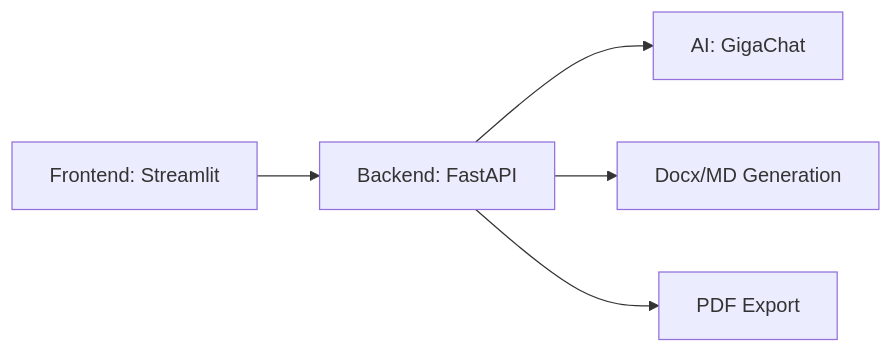
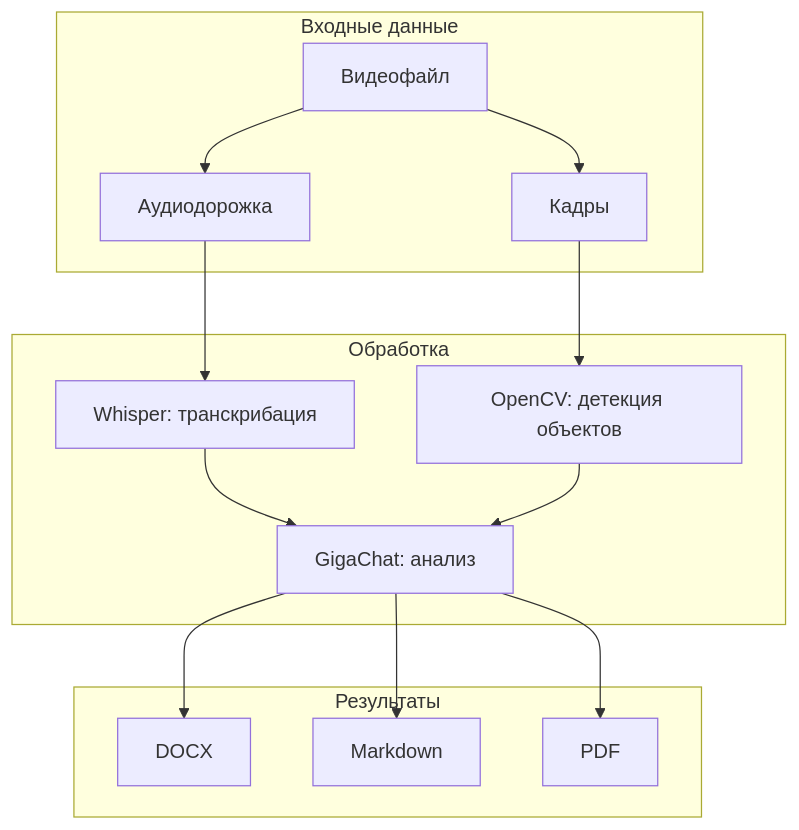
One commit to sokolovea/python-ai-hackathon-mipt-2025 changed the diagram in README.md. Above: the diagram before and after it, drawn with Mermaid. The commit also changed other lines of this file, not shown here.

````diff
--- a/README.md
+++ b/README.md
@@ -17,7 +17,19 @@
 ```mermaid
-graph LR
-    A[Frontend: Streamlit] --> B[Backend: FastAPI]
-    B --> C[AI: GigaChat]
-    B --> D[Docx/MD Generation]
-    B --> E[PDF Export]
+flowchart TB
+    subgraph Входные данные
+        A[Видеофайл] --> B[Аудиодорожка]
+        A --> C[Кадры]
+    end
+    
+    subgraph Обработка
+        B --> D[Whisper: транскрибация]
+        C --> E[OpenCV: детекция объектов]
+        D & E --> F[GigaChat: анализ]
+    end
+    
+    subgraph Результаты
+        F --> G[DOCX]
+        F --> H[Markdown]
+        F --> I[PDF]
+    end
 ```
````
